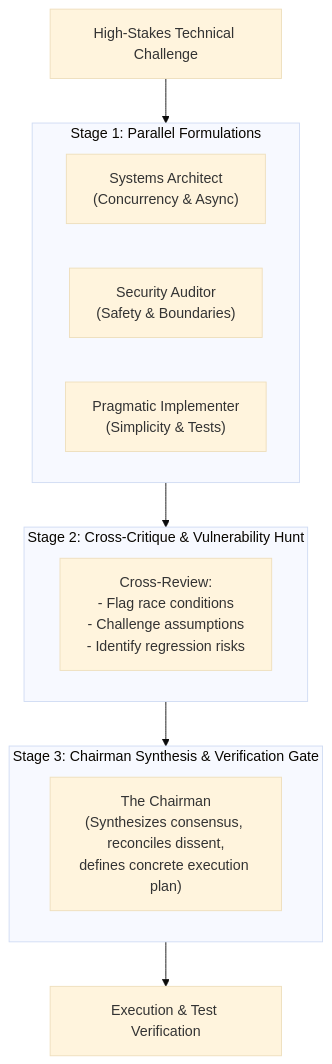
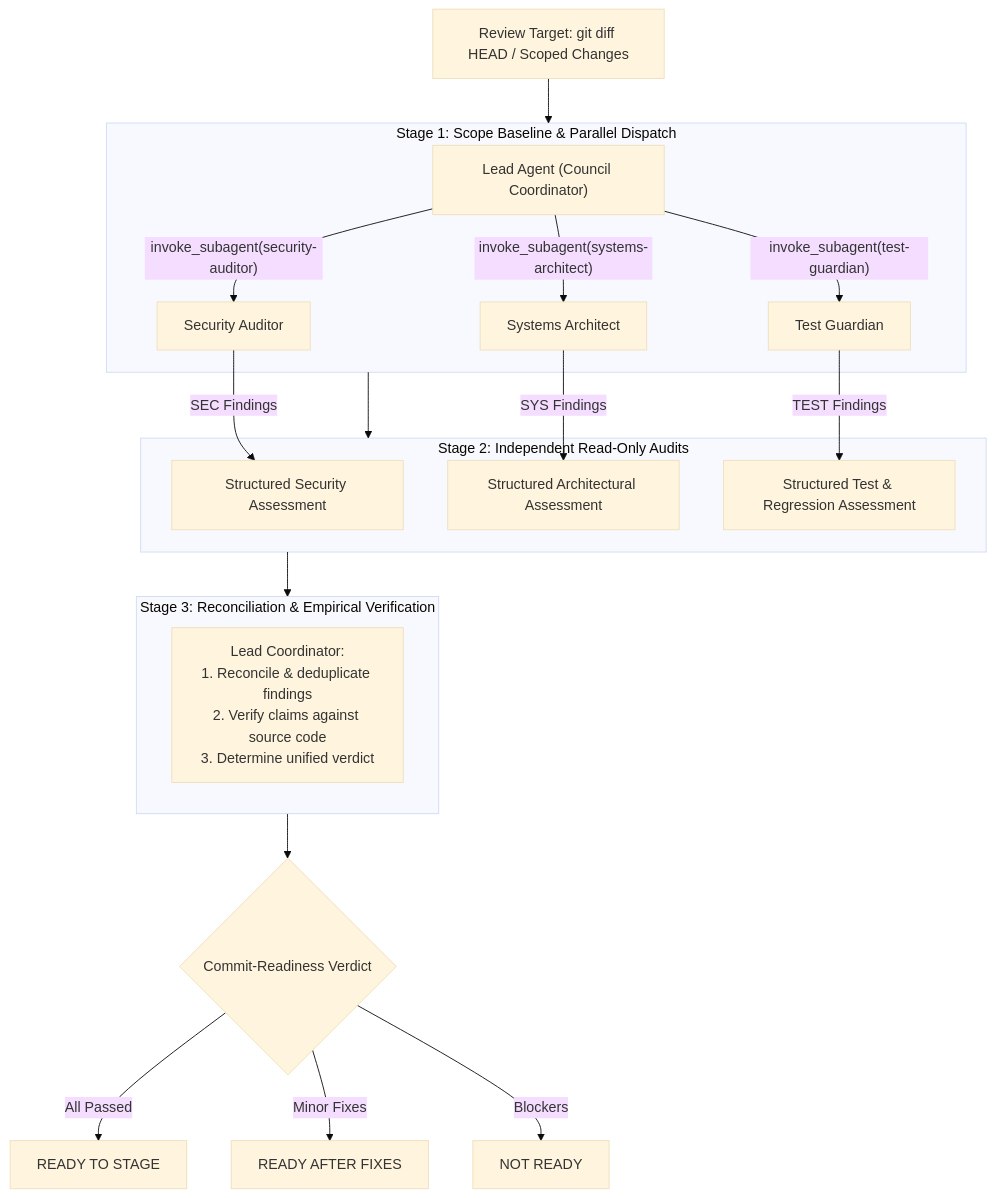
Before and after one commit to Youssef1473/Jarvis2.0: the diagram in .agents/skills/council/SKILL.md, drawn with Mermaid (base theme). The commit also changed other lines of this file and 3 other files, not shown here.

First line of the commit message:
feat(agents): add native council subagent review workflow

````diff
--- a/.agents/skills/council/SKILL.md
+++ b/.agents/skills/council/SKILL.md
@@ -66,24 +50,30 @@
 ```mermaid
 flowchart TD
-    Query["High-Stakes Technical Challenge"] --> Stage1
+    Target["Review Target: git diff HEAD / Scoped Changes"] --> Stage1
 
-    subgraph Stage1 ["Stage 1: Parallel Formulations"]
-        A["Systems Architect\n(Concurrency & Async)"]
-        B["Security Auditor\n(Safety & Boundaries)"]
-        C["Pragmatic Implementer\n(Simplicity & Tests)"]
+    subgraph Stage1 ["Stage 1: Scope Baseline & Parallel Dispatch"]
+        Lead["Lead Agent (Council Coordinator)"]
+        Lead -->|"invoke_subagent(security-auditor)"| SA["Security Auditor"]
+        Lead -->|"invoke_subagent(systems-architect)"| ARC["Systems Architect"]
+        Lead -->|"invoke_subagent(test-guardian)"| TG["Test Guardian"]
     end
 
     Stage1 --> Stage2
 
-    subgraph Stage2 ["Stage 2: Cross-Critique & Vulnerability Hunt"]
-        Critique["Cross-Review:\n- Flag race conditions\n- Challenge assumptions\n- Identify regression risks"]
+    subgraph Stage2 ["Stage 2: Independent Read-Only Audits"]
+        SA -->|"SEC Findings"| ResA["Structured Security Assessment"]
+        ARC -->|"SYS Findings"| ResB["Structured Architectural Assessment"]
+        TG -->|"TEST Findings"| ResC["Structured Test & Regression Assessment"]
     end
 
     Stage2 --> Stage3
 
-    subgraph Stage3 ["Stage 3: Chairman Synthesis & Verification Gate"]
-        Synth["The Chairman\n(Synthesizes consensus, reconciles dissent,\ndefines concrete execution plan)"]
+    subgraph Stage3 ["Stage 3: Reconciliation & Empirical Verification"]
+        Synth["Lead Coordinator:\n1. Reconcile & deduplicate findings\n2. Verify claims against source code\n3. Determine unified verdict"]
     end
 
-    Stage3 --> Exec["Execution & Test Verification"]
+    Stage3 --> Verdict{"Commit-Readiness Verdict"}
+    Verdict -->|"All Passed"| Staged["READY TO STAGE"]
+    Verdict -->|"Minor Fixes"| Fixes["READY AFTER FIXES"]
+    Verdict -->|"Blockers"| Blocked["NOT READY"]
 ```
````
